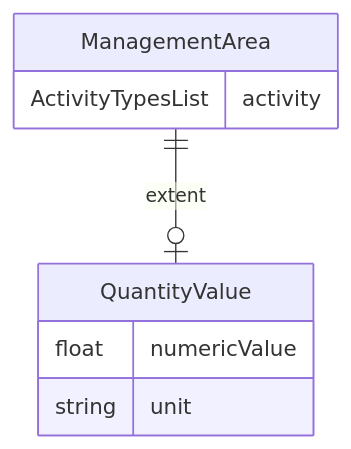
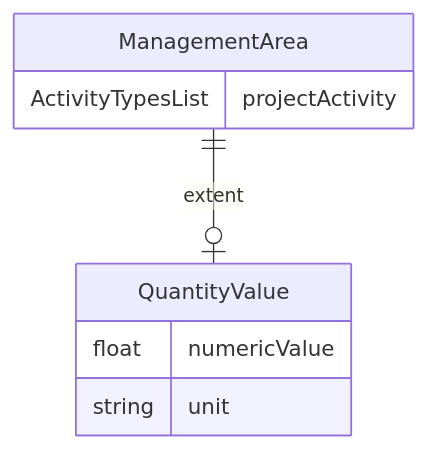
The diagram in schema/generated/ManagementArea.md (regen-network/regen-data-standards), drawn with Mermaid before and after one commit. The commit also changed other lines of this file and 76 other files, not shown here.

First line of the commit message:
refactor Terrasos specific project schema to its own linkml class (#23)

````diff
--- a/schema/generated/ManagementArea.md
+++ b/schema/generated/ManagementArea.md
@@ -11,13 +11,13 @@
 ```mermaid
 erDiagram
 ManagementArea {
-    ActivityTypesList activity  
+    ActivityTypesList projectActivity  
 }
 QuantityValue {
     float numericValue  
     string unit  
 }
 
 ManagementArea ||--|o QuantityValue : "extent"
 
 ```
````
